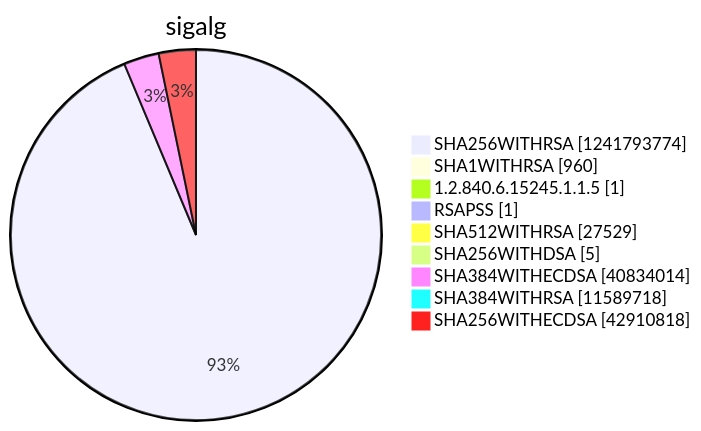
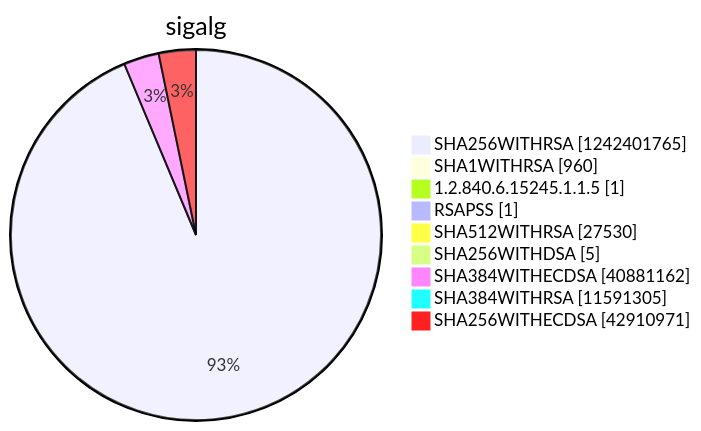
Diagram 15 of 15 in argon2022/README.md (christiankrug/ctmonitor_visualization), drawn with Mermaid before and after one commit. The commit also changed other lines of this file, not shown here.

````diff
--- a/argon2022/README.md
+++ b/argon2022/README.md
@@ -5522,13 +5522,13 @@
 ```mermaid
 pie showData
 title sigalg
-"SHA256WITHRSA" :1241793774
+"SHA256WITHRSA" :1242401765
 "SHA1WITHRSA" :960
 "1.2.840.6.15245.1.1.5" :1
 "RSAPSS" :1
-"SHA512WITHRSA" :27529
+"SHA512WITHRSA" :27530
 "SHA256WITHDSA" :5
-"SHA384WITHECDSA" :40834014
-"SHA384WITHRSA" :11589718
-"SHA256WITHECDSA" :42910818
+"SHA384WITHECDSA" :40881162
+"SHA384WITHRSA" :11591305
+"SHA256WITHECDSA" :42910971
 ```
````
